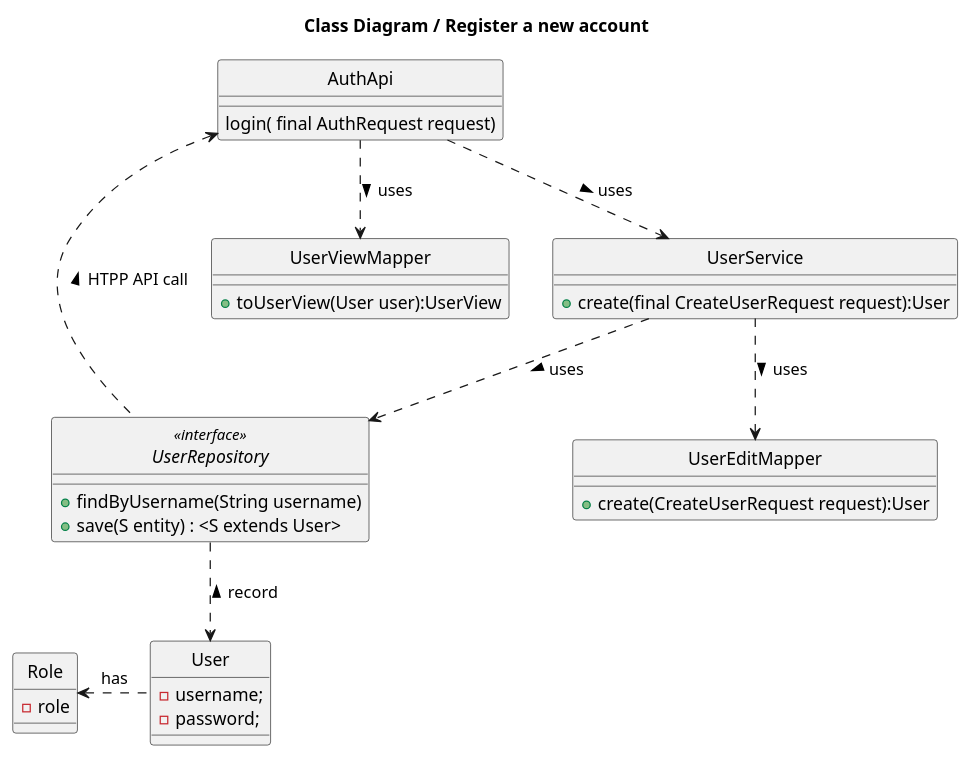
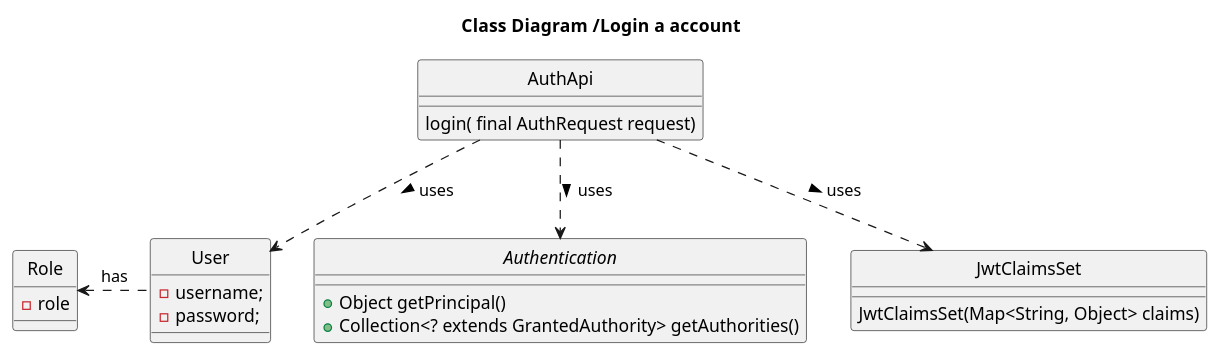
The diagram in docs_sidis/Users/US03/CD.puml (IsepMartimOliveira/SIDIS), drawn with PlantUML before and after one commit. The commit also changed 20 other files, not shown here.

```diff
--- a/docs_sidis/Users/US03/CD.puml
+++ b/docs_sidis/Users/US03/CD.puml
@@ -1,48 +1,41 @@
 @startuml
 'https://plantuml.com/class-diagram
 hide circle
-class UserRepository <<interface>>
 
-title Class Diagram / Register a new account
+
+title Class Diagram /Login a  account
 
 
 
 class User{
   - username;
    -password;
 }
 
 class Role{
 -role
 }
-class UserViewMapper{
-    +toUserView(User user):UserView
-}
+
 class AuthApi{
   login( final AuthRequest request)
     }
-class UserService{
- +create(final CreateUserRequest request):User
 
 
-}
-class UserEditMapper{
-    +create(CreateUserRequest request):User
+
+interface Authentication
+{
++   Object getPrincipal()
++   Collection<? extends GrantedAuthority> getAuthorities()
 }
 
-interface UserRepository
+class JwtClaimsSet
 {
-+findByUsername(String username)
-+save(S entity) : <S extends User>
+JwtClaimsSet(Map<String, Object> claims)
 }
 
 
-
 User..left>Role:has
-AuthApi ..> UserService: uses >
-UserService ..> UserRepository: uses >
-UserRepository ..> User: < record
-UserRepository ..left>AuthApi: HTPP API call >
-UserService ..> UserEditMapper: uses >
-AuthApi..>UserViewMapper: uses >
+AuthApi ..> Authentication: uses >
+AuthApi..>User: uses >
+AuthApi..>JwtClaimsSet: uses >
 @enduml
```
